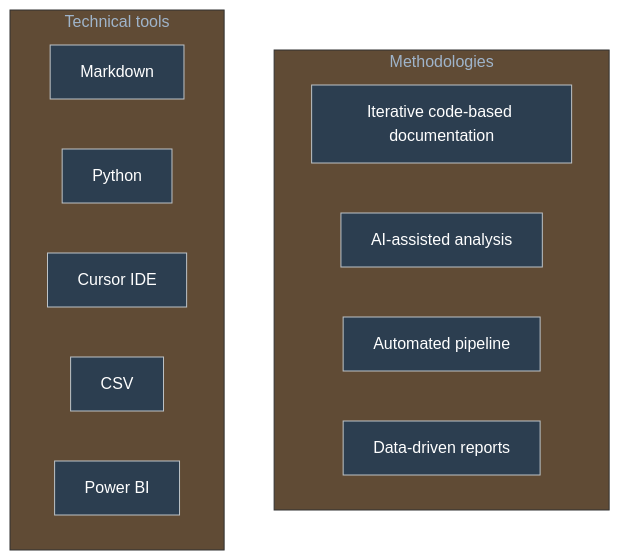
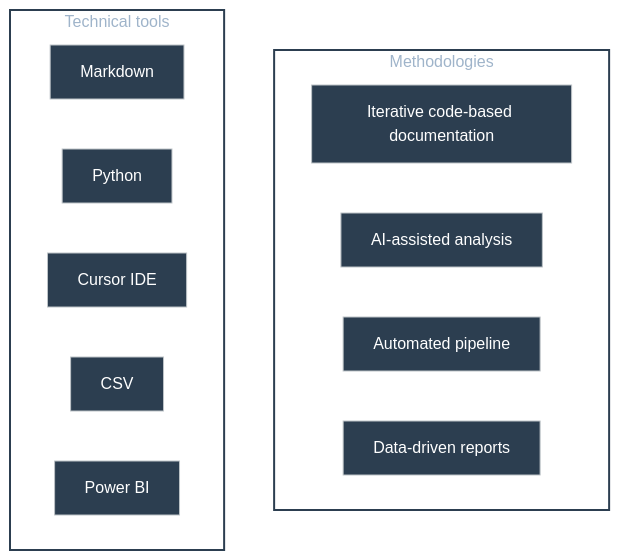
One commit to duducm2/my-personal-repo changed the third of 13 diagrams in portfolio/mermaid/diagrams.md. Above: the diagram before and after it, drawn with Mermaid.

Commit message:
Enhance Mermaid diagram by adding subgraph background and border styles for improved visual clarity and consistency. Update theme variables to include subgraph styling, ensuring a cohesive presentation of methodologies and tools.

````diff
--- a/portfolio/mermaid/diagrams.md
+++ b/portfolio/mermaid/diagrams.md
@@ -55,17 +55,19 @@
 ```mermaid
-%%{init: {'theme': 'base', 'themeVariables': { 'primaryColor': '#2c3e50', 'primaryTextColor': '#fff', 'primaryBorderColor': '#bdc3c7', 'lineColor': '#2c3e50', 'fontFamily': 'Lato'}}}%%
+%%{init: {'theme': 'base', 'themeVariables': { 'primaryColor': '#2c3e50', 'primaryTextColor': '#fff', 'primaryBorderColor': '#bdc3c7', 'lineColor': '#2c3e50', 'fontFamily': 'Lato', 'subgraphBg': '#ffffff', 'subgraphBorder': '#2c3e50'}}}%%
 flowchart TB
   subgraph methodologies [Methodologies]
     M1["Iterative code-based documentation"]
     M2["AI-assisted analysis"]
     M3["Automated pipeline"]
     M4["Data-driven reports"]
   end
   subgraph tools [Technical tools]
     T1["Markdown"]
     T2["Python"]
     T3["Cursor IDE"]
     T4["CSV"]
     T5["Power BI"]
   end
+  style methodologies fill:#ffffff,stroke:#2c3e50,stroke-width:2px
+  style tools fill:#ffffff,stroke:#2c3e50,stroke-width:2px
 ```
````
